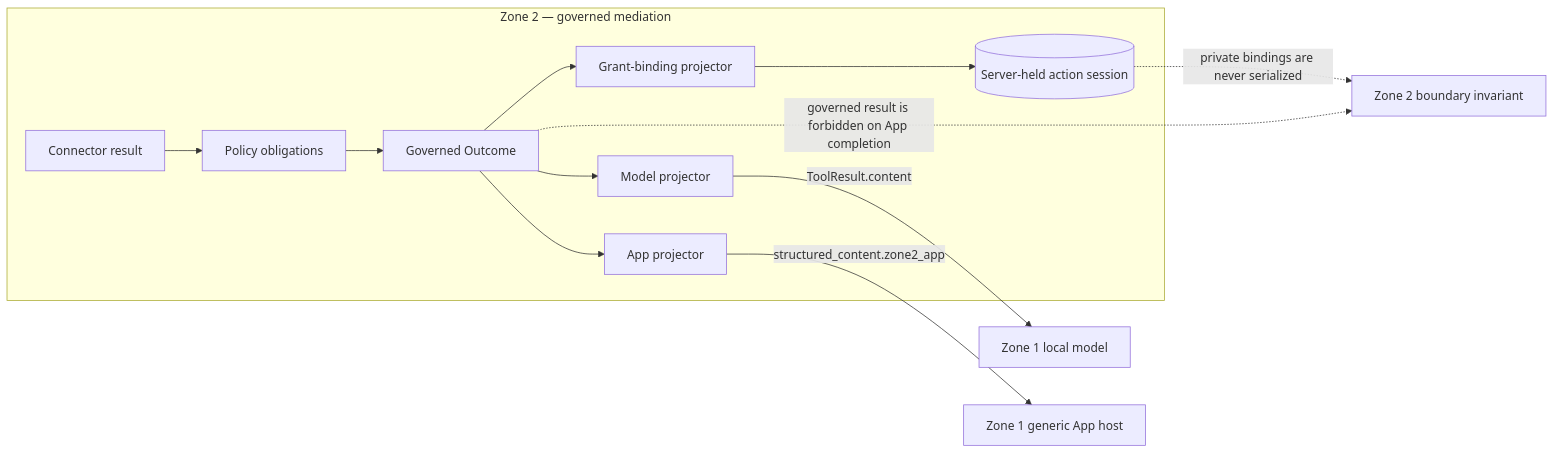
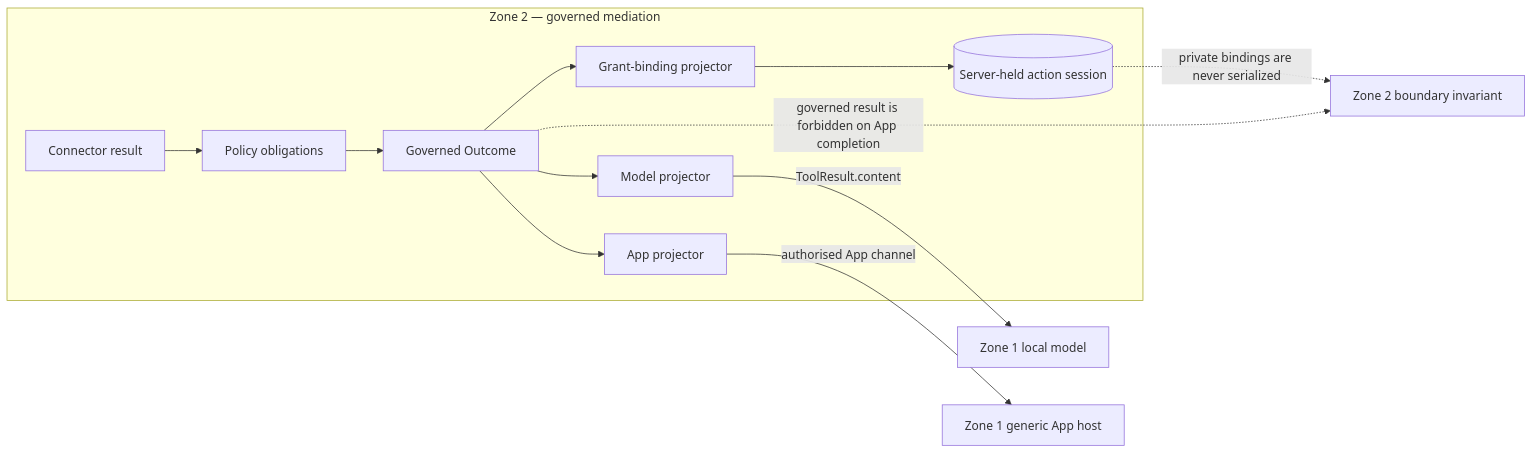
One commit to CharlieAtki06/SovereignAgenticArchitecture changed the diagram in docs/adr/0008-app-completions-carry-audience-projections-not-governed-results.md. Above: the diagram before and after it, drawn with Mermaid. The commit also changed other lines of this file and 115 other files, not shown here.

````diff
--- a/docs/adr/0008-app-completions-carry-audience-projections-not-governed-results.md
+++ b/docs/adr/0008-app-completions-carry-audience-projections-not-governed-results.md
@@ -78,16 +49,16 @@
 ```mermaid
 flowchart LR
     subgraph Z2[Zone 2 — governed mediation]
         C[Connector result] --> O[Policy obligations]
         O --> G[Governed Outcome]
         G --> M[Model projector]
         G --> A[App projector]
         G --> B[Grant-binding projector]
         B --> S[(Server-held action session)]
     end
 
     M -->|ToolResult.content| L[Zone 1 local model]
-    A -->|structured_content.zone2_app| H[Zone 1 generic App host]
+    A -->|authorised App channel| H[Zone 1 generic App host]
     S -. private bindings are never serialized .-> N[Zone 2 boundary invariant]
     G -. governed result is forbidden on App completion .-> N
 ```
````
